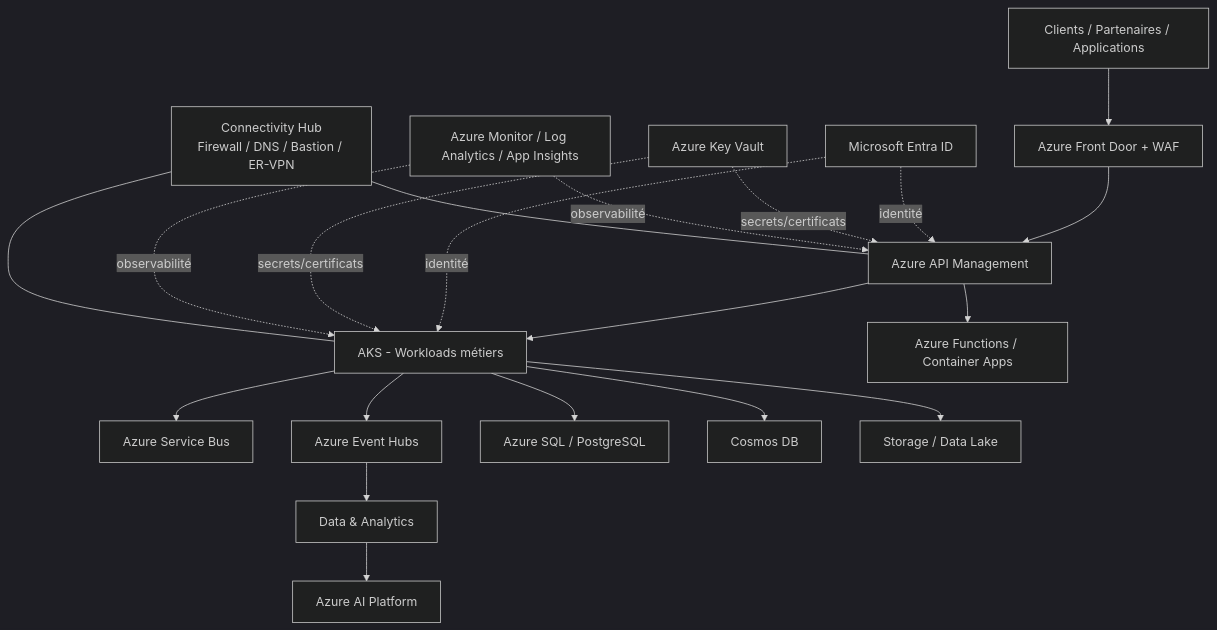
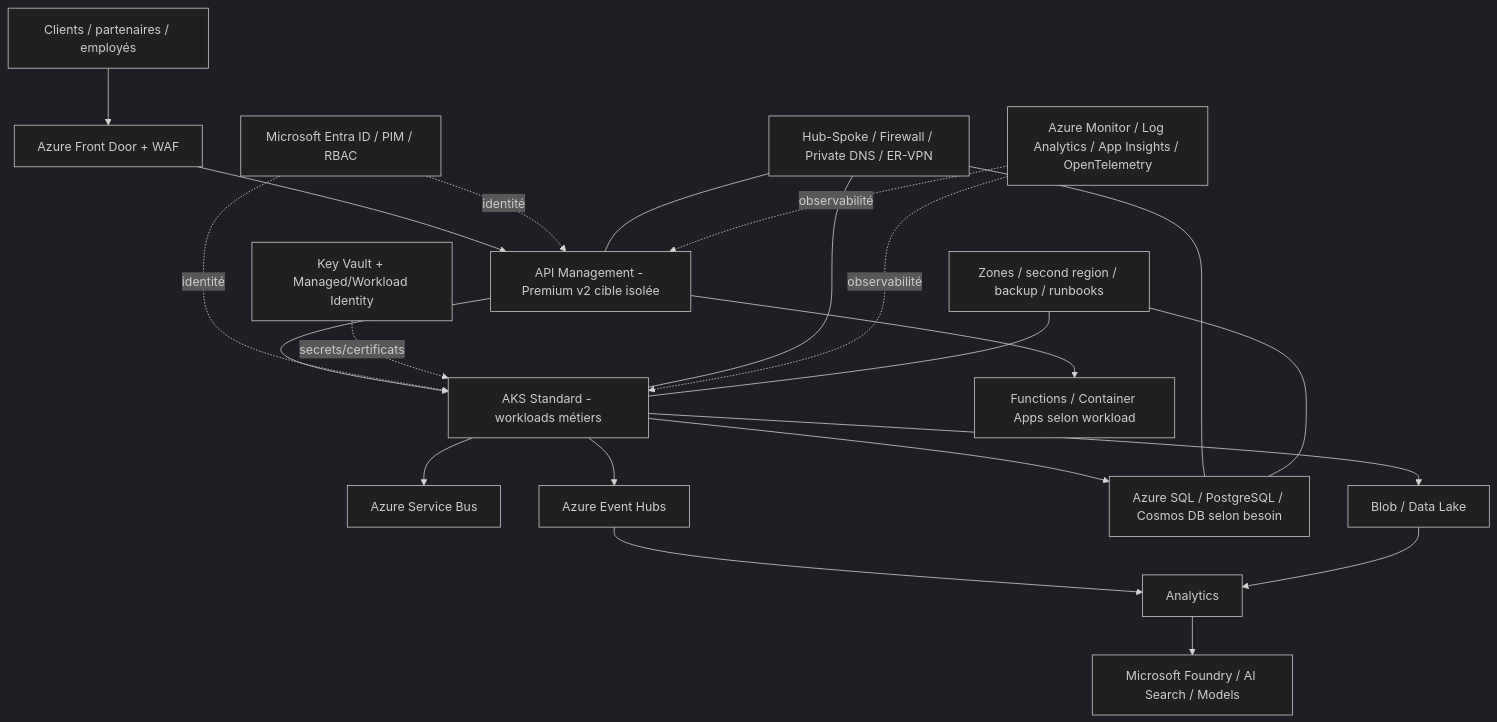
One commit to zdmooc/mayabank-azure-cloud-ai-platform changed the diagram in README.md. Above: the diagram before and after it, drawn with Mermaid (dark theme). The commit also changed other lines of this file, not shown here.

Commit message:
docs: complete roadmap through iteration 13

````diff
--- a/README.md
+++ b/README.md
@@ -21,27 +15,29 @@
 ```mermaid
 flowchart TB
-    U[Clients / Partenaires / Applications] --> FD[Azure Front Door + WAF]
-    FD --> APIM[Azure API Management]
-    APIM --> AKS[AKS - Workloads métiers]
-    APIM --> FUNC[Azure Functions / Container Apps]
+  USERS[Clients / partenaires / employés] --> AFD[Azure Front Door + WAF]
+  AFD --> APIM[API Management - Premium v2 cible isolée]
+  APIM --> AKS[AKS Standard - workloads métiers]
+  APIM --> PAAS[Functions / Container Apps selon workload]
 
-    AKS --> SB[Azure Service Bus]
-    AKS --> EH[Azure Event Hubs]
-    AKS --> SQL[Azure SQL / PostgreSQL]
-    AKS --> COSMOS[Cosmos DB]
-    AKS --> STG[Storage / Data Lake]
+  AKS --> SB[Azure Service Bus]
+  AKS --> EH[Azure Event Hubs]
+  AKS --> DB[Azure SQL / PostgreSQL / Cosmos DB selon besoin]
+  AKS --> STG[Blob / Data Lake]
+  EH --> DATA[Analytics]
+  STG --> DATA
+  DATA --> AI[Microsoft Foundry / AI Search / Models]
 
-    EH --> DATA[Data & Analytics]
-    DATA --> AI[Azure AI Platform]
+  ENTRA[Microsoft Entra ID / PIM / RBAC] -. identité .-> APIM
+  ENTRA -. identité .-> AKS
+  KV[Key Vault + Managed/Workload Identity] -. secrets/certificats .-> AKS
 
-    ENTRA[Microsoft Entra ID] -. identité .-> APIM
-    ENTRA -. identité .-> AKS
-    KV[Azure Key Vault] -. secrets/certificats .-> APIM
-    KV -. secrets/certificats .-> AKS
+  HUB[Hub-Spoke / Firewall / Private DNS / ER-VPN] --- APIM
+  HUB --- AKS
+  HUB --- DB
 
-    MON[Azure Monitor / Log Analytics / App Insights] -. observabilité .-> APIM
-    MON -. observabilité .-> AKS
+  MON[Azure Monitor / Log Analytics / App Insights / OpenTelemetry] -. observabilité .-> APIM
+  MON -. observabilité .-> AKS
 
-    HUB[Connectivity Hub\nFirewall / DNS / Bastion / ER-VPN] --- APIM
-    HUB --- AKS
+  DR[Zones / second region / backup / runbooks] --- AKS
+  DR --- DB
 ```
````
